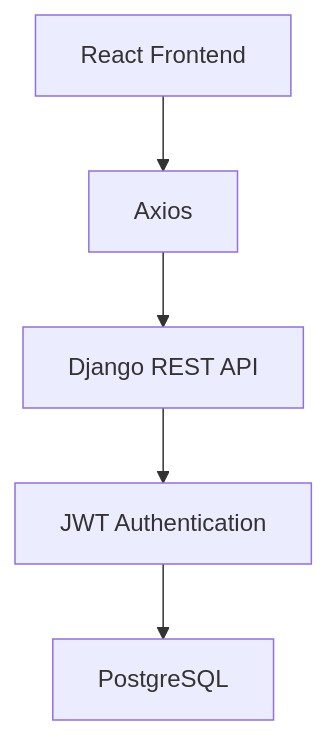
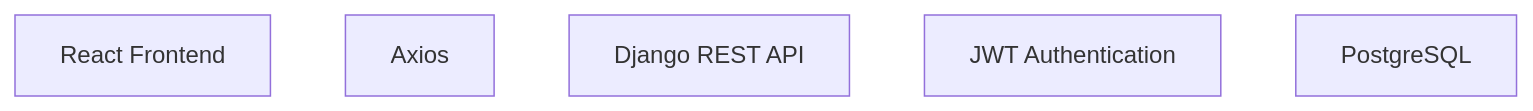
Before and after one commit to Ranjan21gg/Coaching-Management-SaaS: the diagram in README.md, drawn with Mermaid. The commit also changed other lines of this file and 7 other files, not shown here.

````diff
--- a/README.md
+++ b/README.md
@@ -55,21 +91,13 @@
 ```mermaid
 graph TD
 
 A[React Frontend]
 
 B[Axios]
 
 C[Django REST API]
 
 D[JWT Authentication]
 
 E[PostgreSQL]
-
-A --> B
-
-B --> C
-
-C --> D
-
-D --> E
 ```
````
